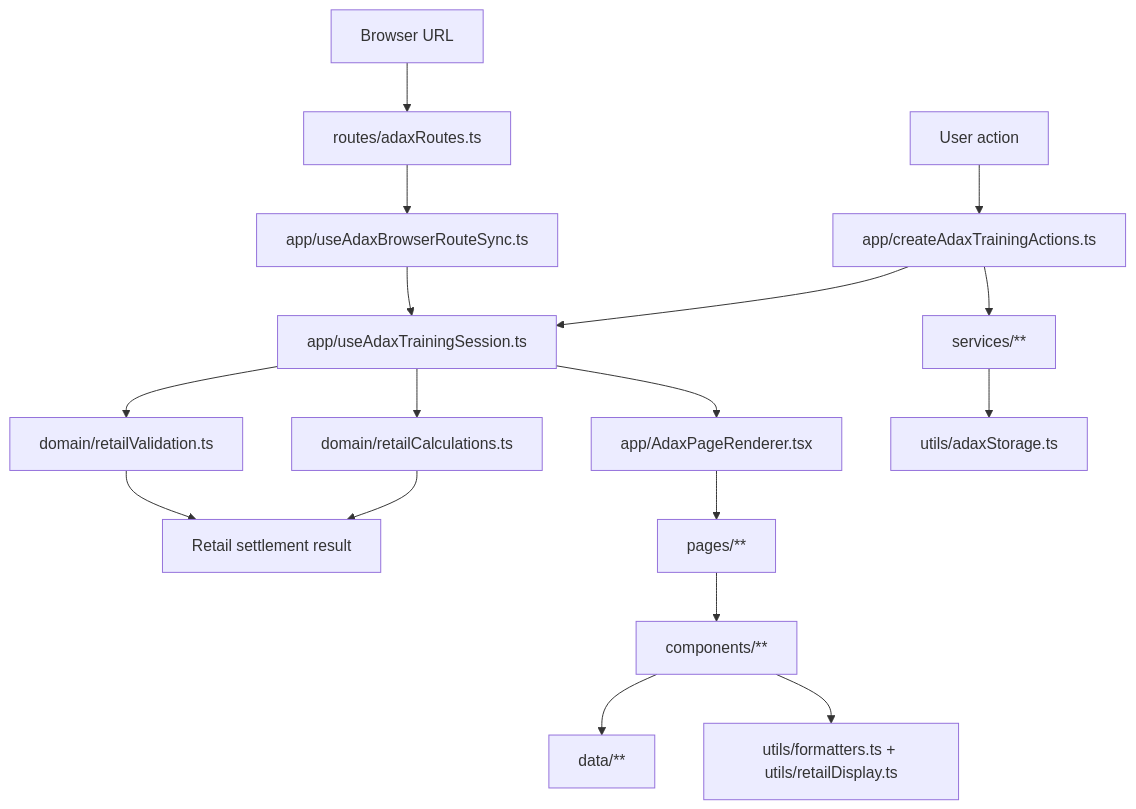
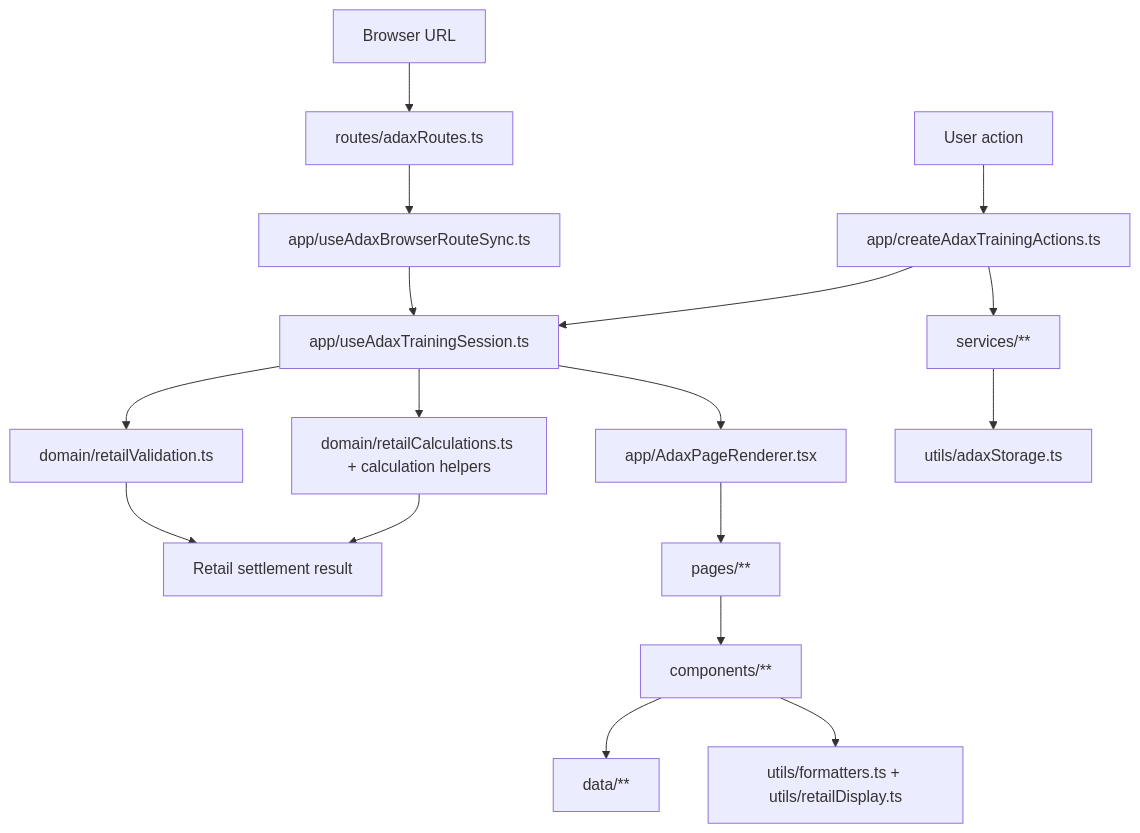
One commit to zhangye01/adax-electric-market-sandbox changed the diagram in docs/ACTIVE_ARCHITECTURE_MAP.md. Above: the diagram before and after it, drawn with Mermaid. The commit also changed other lines of this file and 11 other files, not shown here.

Commit message:
Split retail calculation helpers

````diff
--- a/docs/ACTIVE_ARCHITECTURE_MAP.md
+++ b/docs/ACTIVE_ARCHITECTURE_MAP.md
@@ -24,22 +24,22 @@
 ```mermaid
 flowchart TD
   URL["Browser URL"] --> Routes["routes/adaxRoutes.ts"]
   Routes --> RouteSync["app/useAdaxBrowserRouteSync.ts"]
   RouteSync --> Session["app/useAdaxTrainingSession.ts"]
 
   UserAction["User action"] --> Actions["app/createAdaxTrainingActions.ts"]
   Actions --> Session
   Actions --> Services["services/**"]
   Services --> Storage["utils/adaxStorage.ts"]
 
   Session --> Validation["domain/retailValidation.ts"]
-  Session --> Calculation["domain/retailCalculations.ts"]
+  Session --> Calculation["domain/retailCalculations.ts + calculation helpers"]
   Validation --> Settlement["Retail settlement result"]
   Calculation --> Settlement
 
   Session --> Renderer["app/AdaxPageRenderer.tsx"]
   Renderer --> Pages["pages/**"]
   Pages --> Components["components/**"]
   Components --> Data["data/**"]
   Components --> DisplayUtils["utils/formatters.ts + utils/retailDisplay.ts"]
 ```
````
